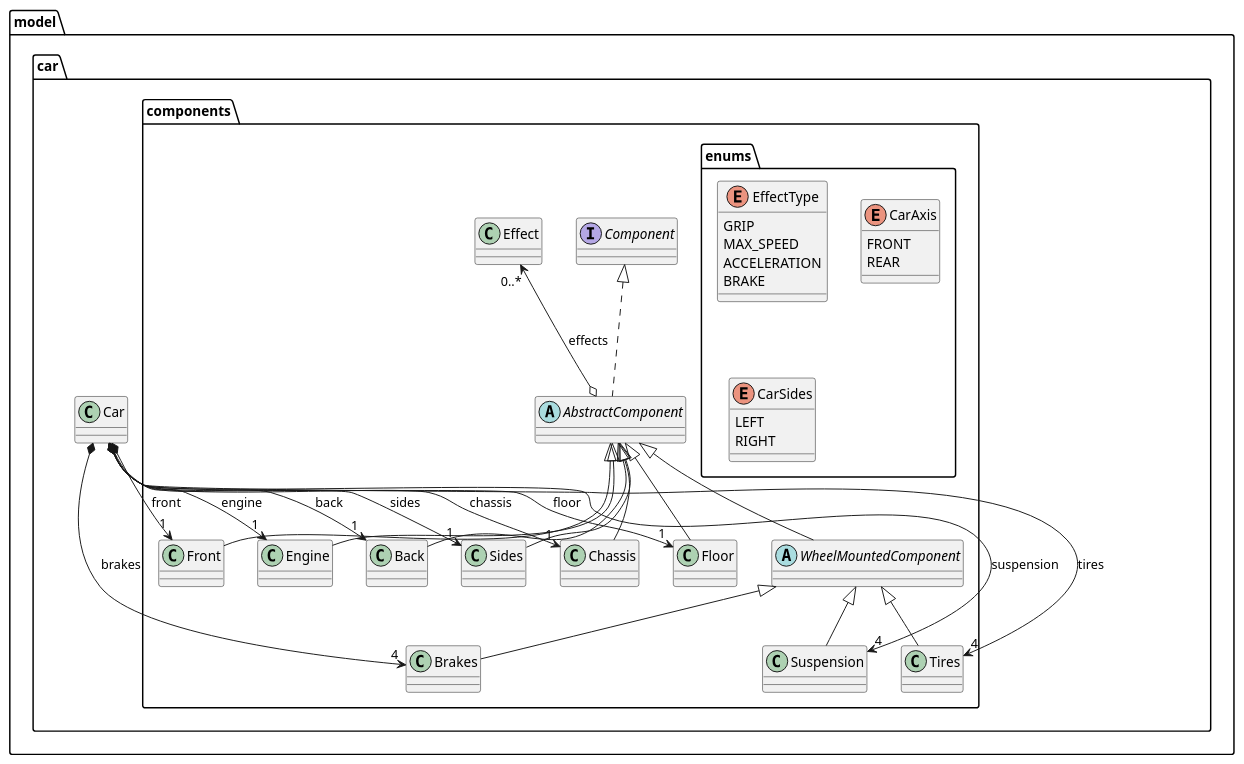
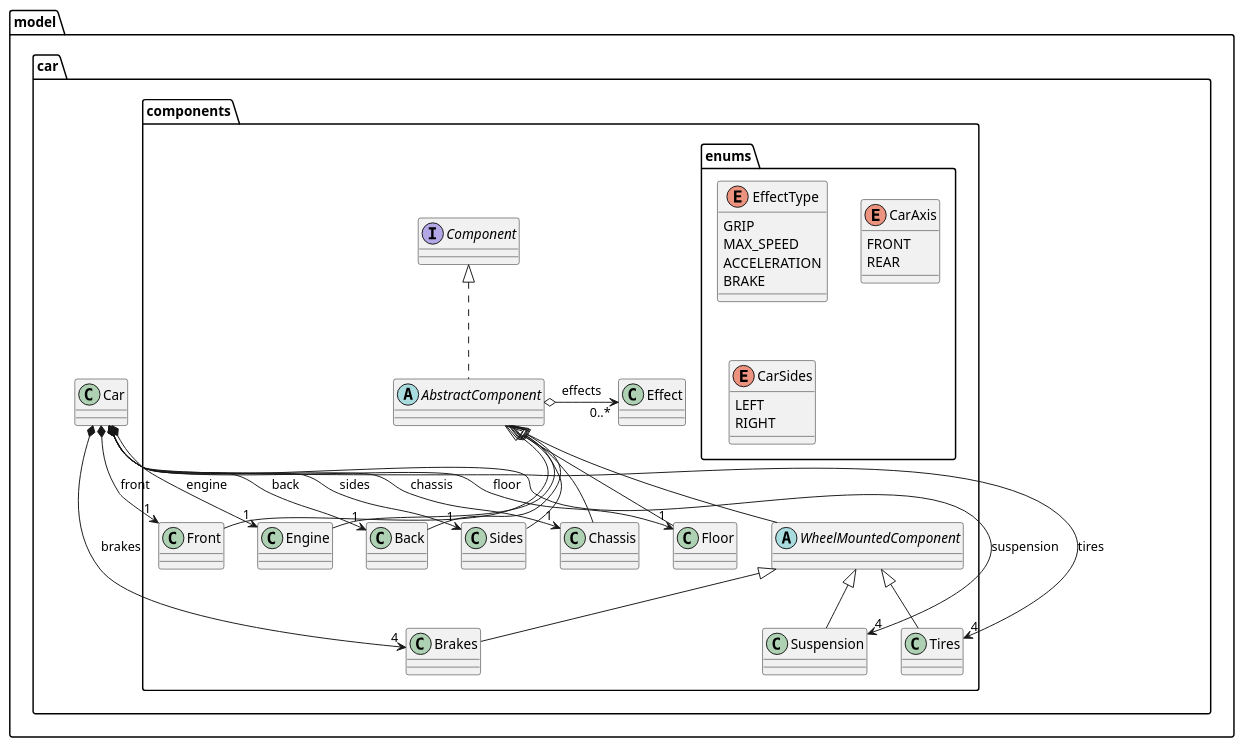
One commit to Rev-N-Run/rev-n-run changed the diagram in diagrams/design.puml. Above: the diagram before and after it, drawn with PlantUML.

Commit message:
small change design

```diff
--- a/diagrams/design.puml
+++ b/diagrams/design.puml
@@ -1,93 +1,93 @@
 @startuml
 package model {
     package car {
         class Car {
 
         }
 
         package components {
             package enums {
                 enum EffectType {
                     GRIP
                     MAX_SPEED
                     ACCELERATION
                     BRAKE
                 }
 
                 enum CarAxis {
                     FRONT
                     REAR
                 }
 
                 enum CarSides {
                     LEFT
                     RIGHT
                 }
             }
 
             interface Component {
             }
 
             abstract class AbstractComponent implements Component {
 
             }
 
             abstract class WheelMountedComponent extends AbstractComponent {
 
             }
 
             class Back extends AbstractComponent {
 
             }
 
             class Brakes extends WheelMountedComponent {
 
             }
 
             class Chassis extends AbstractComponent {
 
             }
 
             class Engine extends AbstractComponent {
 
             }
 
             class Floor extends AbstractComponent {
 
             }
 
             class Front extends AbstractComponent {
 
             }
 
             class Sides extends AbstractComponent {
 
             }
 
             class Suspension extends WheelMountedComponent {
 
             }
 
             class Tires extends WheelMountedComponent {
 
             }
 
             class Effect {
 
             }
         }
     }
 
     Car *--> "1" Back : back
     Car *--> "1" Chassis : chassis
     Car *--> "1" Engine : engine
     Car *--> "1" Floor : floor
     Car *--> "1" Front : front
     Car *--> "1" Sides : sides
     Car *--> "4" Brakes : brakes
     Car *--> "4" Suspension : suspension
     Car *--> "4" Tires : tires
 
-    AbstractComponent o-up-> "0..*" Effect : effects
+    AbstractComponent o-right-> "0..*" Effect : effects
 }
 @enduml
```
